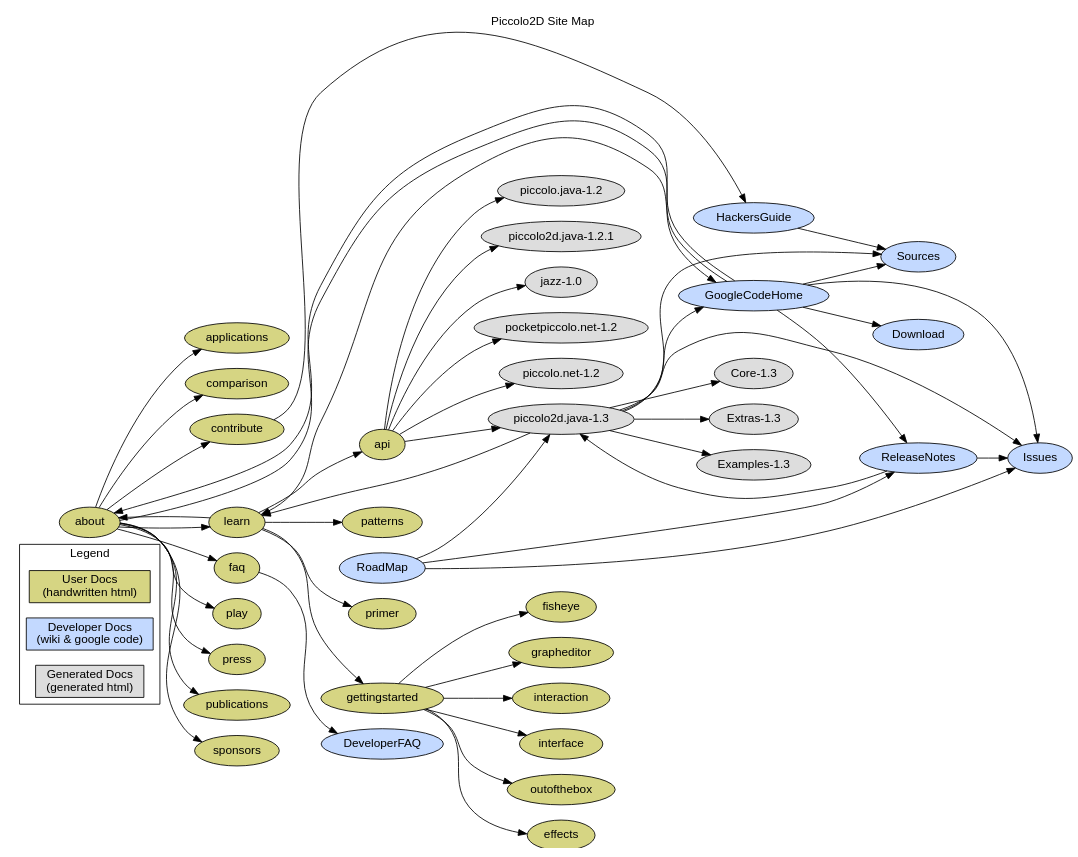
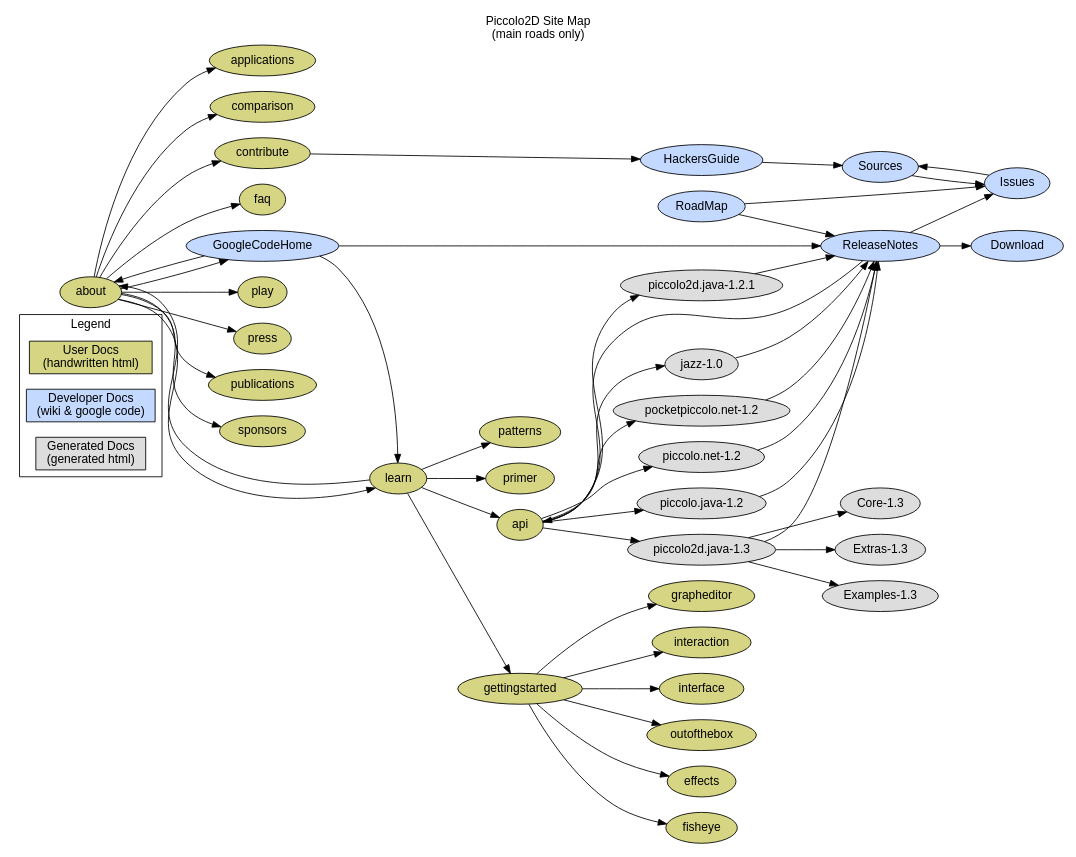
One commit to google-code-export/piccolo2d changed the diagram in site/sitemap.dot. Above: the diagram before and after it, drawn with Graphviz. The commit also changed 1 other file, not shown here.

Commit message:
issue#42 site topology simplified

```diff
--- a/site/sitemap.dot
+++ b/site/sitemap.dot
@@ -1,132 +1,132 @@
 #!/usr/bin/dot -Tsvg -o sitemap.svg
 /*
 
 render: $ dot -Tsvg -o sitemap.svg sitemap.dot
 
     $Id$
 
 	See http://www.graphviz.org/Documentation.php
 	http://www.iua.upf.es/~dgarcia/Codders/DotUmlUseCases.html
 */
 digraph "Piccolo2D Site Map" {
 graph [	rankdir=LR,
 	fontname = "sans-serif",
-	label="Piccolo2D Site Map",
+	label="Piccolo2D Site Map\n(main roads only)",
 	labelloc=t,
 	size = "12,12" ];
 node [	style=filled,
 	fontname = "sans-serif" ];
 
 /* legend */
 subgraph cluster_0 {
 label="Legend";
 node [shape=box,group="legend"];
 "User Docs\n(handwritten html)" [fillcolor="#d6d583"];
 "Developer Docs\n(wiki & google code)" [fillcolor="#c3d9ff"];
 "Generated Docs\n(generated html)" [fillcolor="#dddddd"];
 }
 
 node [shape=ellipse,target="_blank"];
 
 /* html */
 node [fillcolor="#d6d583",group="www"];
 
 about [URL="http://www.cs.umd.edu/hcil/piccolo/learn/about.shtml"];
 api [URL="http://www.cs.umd.edu/hcil/jazz/learn/api.shtml"];
 applications [URL="http://www.cs.umd.edu/hcil/jazz/applications/index.shtml"];
 comparison [URL="http://www.cs.umd.edu/hcil/jazz/learn/comparison.shtml"];
 contribute [URL="http://www.cs.umd.edu/hcil/jazz/contribute/index.shtml"];
 effects [URL="http://www.cs.umd.edu/hcil/piccolo/learn/effects.shtml"];
 faq [URL="http://www.cs.umd.edu/hcil/jazz/learn/dev-faq.shtml"];
 fisheye [URL="http://www.cs.umd.edu/hcil/piccolo/learn/fisheye.shtml"];
 gettingstarted [URL="http://www.cs.umd.edu/hcil/piccolo/learn/get-started.shtml"];
 grapheditor [URL="http://www.cs.umd.edu/hcil/piccolo/learn/grapheditor.shtml"];
 interaction [URL="http://www.cs.umd.edu/hcil/piccolo/learn/interaction.shtml"];
 interface [URL="http://www.cs.umd.edu/hcil/piccolo/learn/interface.shtml"];
 learn [URL="http://www.cs.umd.edu/hcil/jazz/learn/index.shtml"];
 outofthebox [URL="http://www.cs.umd.edu/hcil/piccolo/learn/out-of-box-java.shtml"];
 play [URL="http://www.cs.umd.edu/hcil/jazz/play/index.shtml"];
 press [URL="http://www.cs.umd.edu/hcil/jazz/press/index.shtml"];
 publications [URL="http://www.cs.umd.edu/hcil/jazz/learn/publications.shtml"];
 sponsors [URL="http://www.cs.umd.edu/hcil/jazz/team/sponsors.shtml"];
 patterns [URL="http://www.cs.umd.edu/hcil/jazz/learn/patterns.shtml"];
 primer [URL="http://www.cs.umd.edu/hcil/jazz/learn/graphics.shtml"];
 
 /* wiki */
 node [fillcolor="#c3d9ff",group="wiki"];
 
-DeveloperFAQ [URL="http://code.google.com/p/piccolo2d/wiki/DeveloperFAQ"];
+/* DeveloperFAQ [URL="http://code.google.com/p/piccolo2d/wiki/DeveloperFAQ"]; */
 Download [URL="http://code.google.com/p/piccolo2d/downloads/list"];
 GoogleCodeHome [URL="http://code.google.com/p/piccolo2d/"];
 HackersGuide [URL="http://code.google.com/p/piccolo2d/wiki/HackersGuide"];
 Issues [URL="http://code.google.com/p/piccolo2d/issues"];
 ReleaseNotes [URL="http://code.google.com/p/piccolo2d/wiki/ReleaseNotes"];
 RoadMap [URL="http://code.google.com/p/piccolo2d/wiki/RoadMap"];
 Sources [URL="http://code.google.com/p/piccolo2d/wiki/CheckoutInstructions"];
 
 /* maven */
 node [fillcolor="#dddddd",group="autogen"];
 
 "jazz-1.0" [label="jazz-1.0"];
 "pp2d.net-1.2" [label="pocketpiccolo.net-1.2"];
 "p2d.net-1.2" [label="piccolo.net-1.2"];
 "p2d.java-1.2" [label="piccolo.java-1.2"];
 "p2d.java-1.2.1" [label="piccolo2d.java-1.2.1",URL="http://piccolo2d.googlecode.com/svn/site/piccolo2d.java/release-1.2.1"];
 "p2d.java-1.3" [label="piccolo2d.java-1.3",URL="http://piccolo2d.googlecode.com/svn/site/piccolo2d.java/release-1.3-SNAPSHOT/piccolo2d/index.html"];
 "Core-1.3" [URL="http://piccolo2d.googlecode.com/svn/site/piccolo2d.java/release-1.3-SNAPSHOT/piccolo2d-core/index.html"];
 "Extras-1.3" [URL="http://piccolo2d.googlecode.com/svn/site/piccolo2d.java/release-1.3-SNAPSHOT/piccolo2d-extras/index.html"];
 "Examples-1.3" [URL="http://piccolo2d.googlecode.com/svn/site/piccolo2d.java/release-1.3-SNAPSHOT/piccolo2d-examples/index.html"];
 
 
 GoogleCodeHome -> about;
-GoogleCodeHome -> Download;
-GoogleCodeHome -> Issues;
 GoogleCodeHome -> learn;
 GoogleCodeHome -> ReleaseNotes;
-GoogleCodeHome -> Sources;
 HackersGuide -> Sources;
+Issues -> Sources;
+ReleaseNotes -> api;
 ReleaseNotes -> Issues;
-ReleaseNotes -> "p2d.java-1.3";
+ReleaseNotes -> Download;
 RoadMap -> Issues;
-RoadMap -> "p2d.java-1.3";
 RoadMap -> ReleaseNotes;
+Sources -> Issues;
 
+"jazz-1.0" -> ReleaseNotes;
+"p2d.java-1.2.1" -> ReleaseNotes;
+"p2d.java-1.2" -> ReleaseNotes;
 "p2d.java-1.3" -> "Core-1.3";
 "p2d.java-1.3" -> "Examples-1.3";
 "p2d.java-1.3" -> "Extras-1.3";
-"p2d.java-1.3" -> GoogleCodeHome;
-"p2d.java-1.3" -> Issues; 
-"p2d.java-1.3" -> learn;
-"p2d.java-1.3" -> Sources; 
+"p2d.java-1.3" -> ReleaseNotes;
+"p2d.net-1.2" -> ReleaseNotes;
+"pp2d.net-1.2" -> ReleaseNotes;
 
 about -> applications;
 about -> comparison;
 about -> contribute;
 about -> faq;
 about -> GoogleCodeHome;
 about -> learn;
 about -> play;
 about -> press;
 about -> publications;
 about -> sponsors;
+api -> "jazz-1.0";
+api -> "p2d.java-1.2";
+api -> "p2d.java-1.2.1";
 api -> "p2d.java-1.3";
-api -> "p2d.java-1.2.1";
-api -> "p2d.java-1.2";
 api -> "p2d.net-1.2";
 api -> "pp2d.net-1.2";
-api -> "jazz-1.0";
 contribute -> HackersGuide;
-faq -> DeveloperFAQ;
 gettingstarted -> effects;
 gettingstarted -> fisheye;
 gettingstarted -> grapheditor;
 gettingstarted -> interaction;
 gettingstarted -> interface;
 gettingstarted -> outofthebox;
 learn -> about;
 learn -> api;
 learn -> gettingstarted;
 learn -> patterns;
 learn -> primer;
 
 }
```
